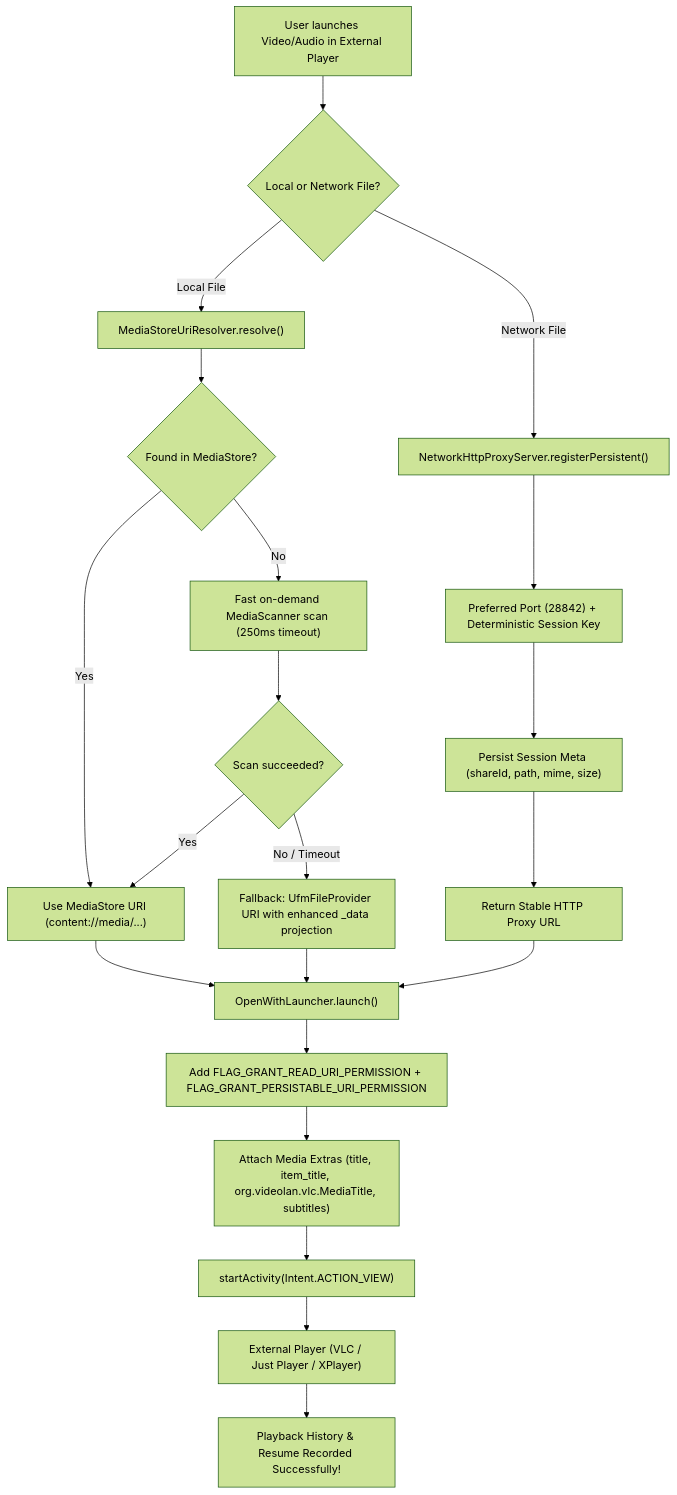
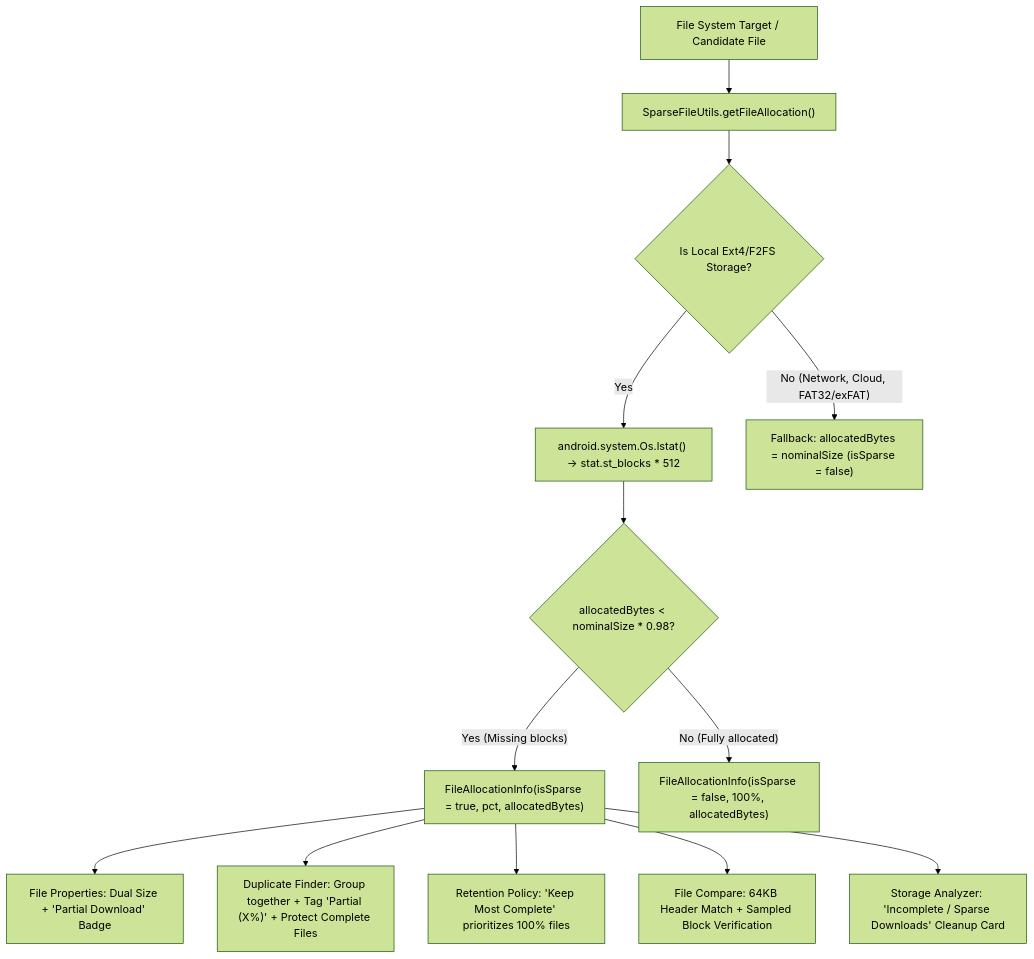
Before and after one commit to Kilowatch/ultimate-file-manager-pro: the diagram in .plans/plan.md, drawn with Mermaid (forest theme). The commit also changed other lines of this file and 45 other files, not shown here.

````diff
--- a/.plans/plan.md
+++ b/.plans/plan.md
@@ -17,27 +16,18 @@
 ```mermaid
 flowchart TD
-    A["User launches Video/Audio in External Player"] --> B{"Local or Network File?"}
+    A["File System Target / Candidate File"] --> B["SparseFileUtils.getFileAllocation()"]
     
-    B -->|"Local File"| C["MediaStoreUriResolver.resolve()"]
-    C --> D{"Found in MediaStore?"}
-    D -->|"Yes"| E["Use MediaStore URI (content://media/...)"]
-    D -->|"No"| F["Fast on-demand MediaScanner scan (250ms timeout)"]
-    F --> G{"Scan succeeded?"}
-    G -->|"Yes"| E
-    G -->|"No / Timeout"| H["Fallback: UfmFileProvider URI with enhanced _data projection"]
+    B --> C{"Is Local Ext4/F2FS Storage?"}
+    C -->|"Yes"| D["android.system.Os.lstat() -> stat.st_blocks * 512"]
+    C -->|"No (Network, Cloud, FAT32/exFAT)"| E["Fallback: allocatedBytes = nominalSize (isSparse = false)"]
     
-    B -->|"Network File"| I["NetworkHttpProxyServer.registerPersistent()"]
-    I --> J["Preferred Port (28842) + Deterministic Session Key"]
-    J --> K["Persist Session Meta (shareId, path, mime, size)"]
-    K --> L["Return Stable HTTP Proxy URL"]
-
-    E --> M["OpenWithLauncher.launch()"]
-    H --> M
-    L --> M
-
-    M --> N["Add FLAG_GRANT_READ_URI_PERMISSION + FLAG_GRANT_PERSISTABLE_URI_PERMISSION"]
-    N --> O["Attach Media Extras (title, item_title, org.videolan.vlc.MediaTitle, subtitles)"]
-    O --> P["startActivity(Intent.ACTION_VIEW)"]
-    P --> Q["External Player (VLC / Just Player / XPlayer)"]
-    Q --> R["Playback History & Resume Recorded Successfully!"]
+    D --> F{"allocatedBytes < nominalSize * 0.98?"}
+    F -->|"Yes (Missing blocks)"| G["FileAllocationInfo(isSparse = true, pct, allocatedBytes)"]
+    F -->|"No (Fully allocated)"| H["FileAllocationInfo(isSparse = false, 100%, allocatedBytes)"]
+    
+    G --> I["File Properties: Dual Size + 'Partial Download' Badge"]
+    G --> J["Duplicate Finder: Group together + Tag 'Partial (X%)' + Protect Complete Files"]
+    G --> K["Retention Policy: 'Keep Most Complete' prioritizes 100% files"]
+    G --> L["File Compare: 64KB Header Match + Sampled Block Verification"]
+    G --> M["Storage Analyzer: 'Incomplete / Sparse Downloads' Cleanup Card"]
 ```
````
